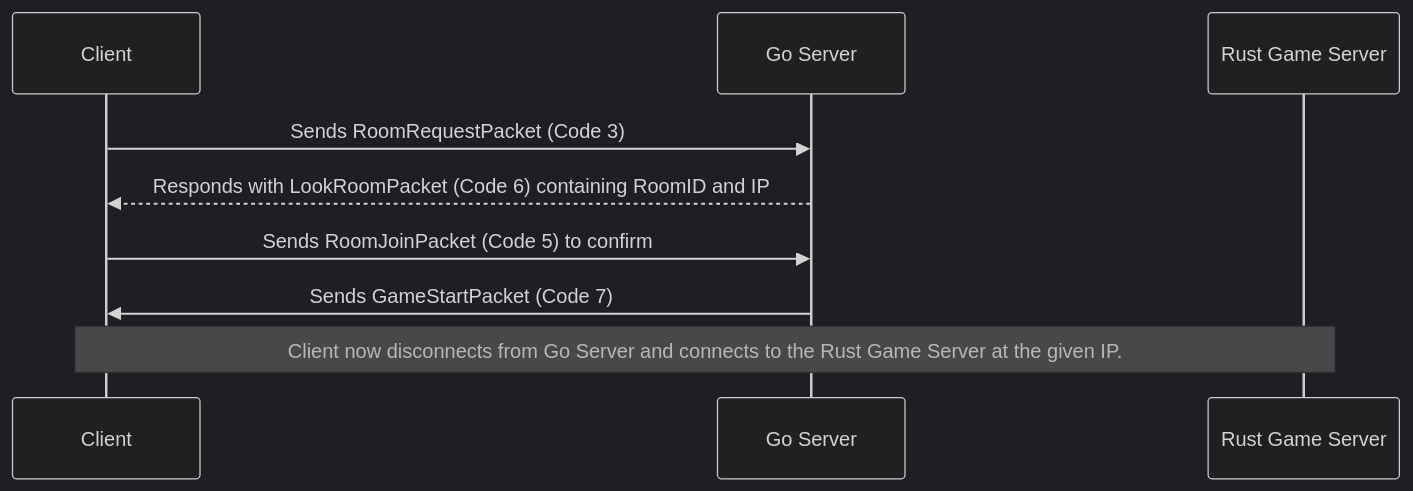
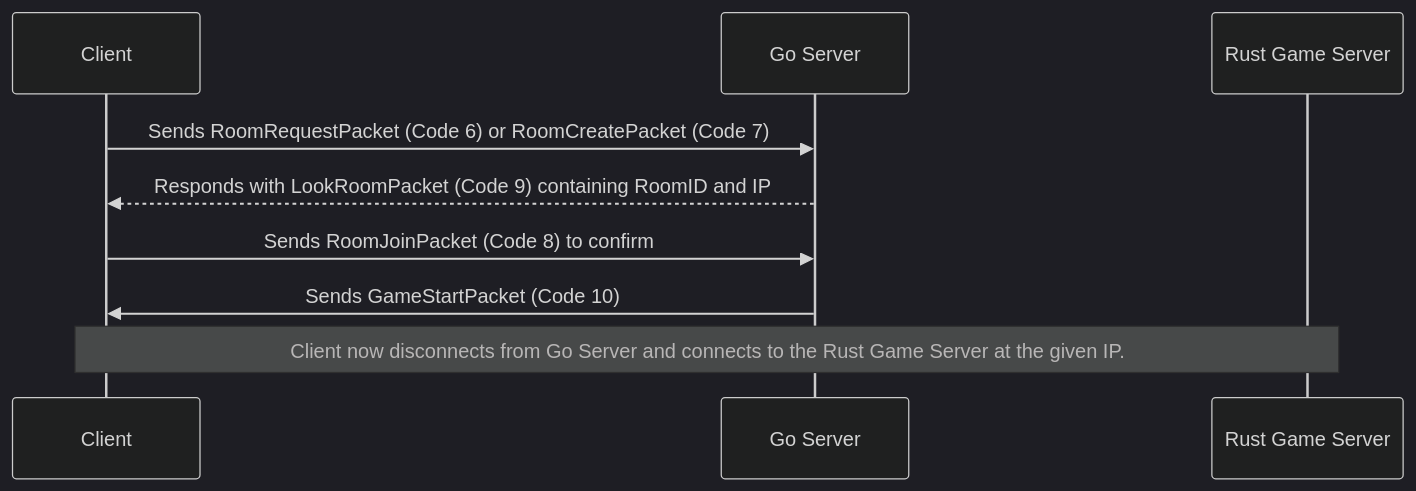
The second of 3 diagrams in documentation/detailed/networking.md (GrGLeo/TermArena), drawn with Mermaid (dark theme) before and after one commit. The commit also changed other lines of this file and 1 other file, not shown here.

````diff
--- a/documentation/detailed/networking.md
+++ b/documentation/detailed/networking.md
@@ -51,12 +69,12 @@
 ```mermaid
 sequenceDiagram
     participant Client
     participant Go Server
     participant Rust Game Server
 
-    Client->>Go Server: Sends RoomRequestPacket (Code 3)
-    Go Server-->>Client: Responds with LookRoomPacket (Code 6) containing RoomID and IP
-    Client->>Go Server: Sends RoomJoinPacket (Code 5) to confirm
-    Go Server->>Client: Sends GameStartPacket (Code 7)
+    Client->>Go Server: Sends RoomRequestPacket (Code 6) or RoomCreatePacket (Code 7)
+    Go Server-->>Client: Responds with LookRoomPacket (Code 9) containing RoomID and IP
+    Client->>Go Server: Sends RoomJoinPacket (Code 8) to confirm
+    Go Server->>Client: Sends GameStartPacket (Code 10)
     Note over Client, Rust Game Server: Client now disconnects from Go Server and connects to the Rust Game Server at the given IP.
 ```
````
